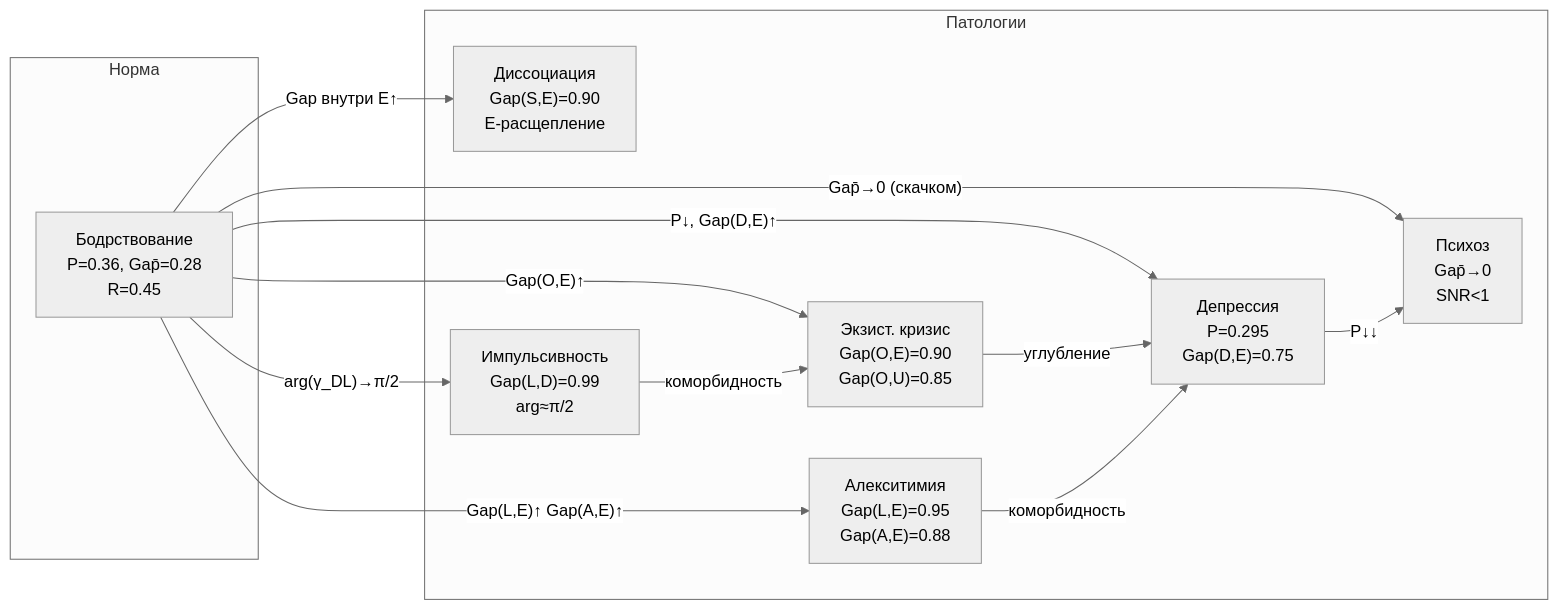
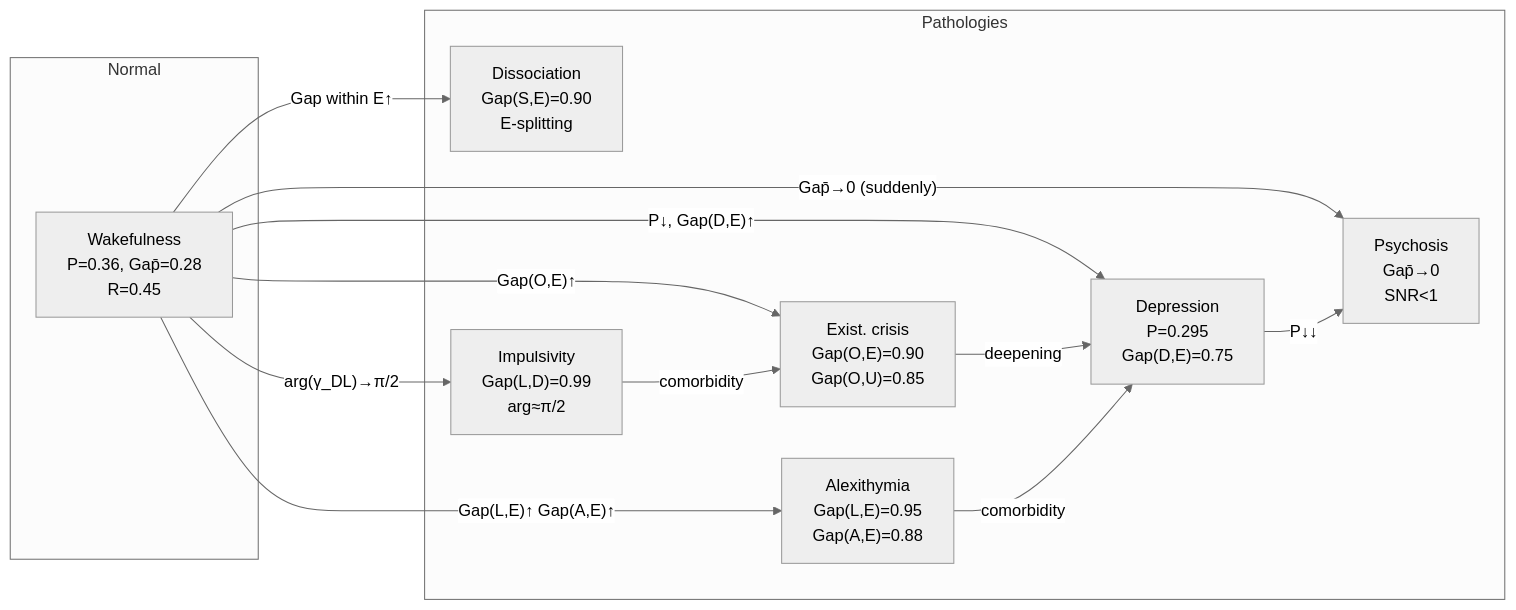
The second of 2 diagrams in website/docs/consciousness/states/pathological.md (gst-st/uhm), drawn with Mermaid (neutral theme) before and after one commit. The commit also changed other lines of this file and 79 other files, not shown here.

````diff
--- a/website/docs/consciousness/states/pathological.md
+++ b/website/docs/consciousness/states/pathological.md
@@ -593,25 +593,25 @@
 ```mermaid
 graph LR
-    subgraph NORM["Норма"]
-        N["Бодрствование<br/>P=0.36, Gap̄=0.28<br/>R=0.45"]
+    subgraph NORM["Normal"]
+        N["Wakefulness<br/>P=0.36, Gap̄=0.28<br/>R=0.45"]
     end
-    subgraph PAT["Патологии"]
-        AL["Алекситимия<br/>Gap(L,E)=0.95<br/>Gap(A,E)=0.88"]
-        DIS["Диссоциация<br/>Gap(S,E)=0.90<br/>E-расщепление"]
-        IMP["Импульсивность<br/>Gap(L,D)=0.99<br/>arg≈π/2"]
-        EX["Экзист. кризис<br/>Gap(O,E)=0.90<br/>Gap(O,U)=0.85"]
-        DEP["Депрессия<br/>P=0.295<br/>Gap(D,E)=0.75"]
-        PSY["Психоз<br/>Gap̄→0<br/>SNR<1"]
+    subgraph PAT["Pathologies"]
+        AL["Alexithymia<br/>Gap(L,E)=0.95<br/>Gap(A,E)=0.88"]
+        DIS["Dissociation<br/>Gap(S,E)=0.90<br/>E-splitting"]
+        IMP["Impulsivity<br/>Gap(L,D)=0.99<br/>arg≈π/2"]
+        EX["Exist. crisis<br/>Gap(O,E)=0.90<br/>Gap(O,U)=0.85"]
+        DEP["Depression<br/>P=0.295<br/>Gap(D,E)=0.75"]
+        PSY["Psychosis<br/>Gap̄→0<br/>SNR<1"]
     end
 
     N -->|"Gap(L,E)↑ Gap(A,E)↑"| AL
-    N -->|"Gap внутри E↑"| DIS
+    N -->|"Gap within E↑"| DIS
     N -->|"arg(γ_DL)→π/2"| IMP
     N -->|"Gap(O,E)↑"| EX
     N -->|"P↓, Gap(D,E)↑"| DEP
-    N -->|"Gap̄→0 (скачком)"| PSY
+    N -->|"Gap̄→0 (suddenly)"| PSY
     DEP -->|"P↓↓"| PSY
-    EX -->|"углубление"| DEP
-    AL -->|"коморбидность"| DEP
-    IMP -->|"коморбидность"| EX
+    EX -->|"deepening"| DEP
+    AL -->|"comorbidity"| DEP
+    IMP -->|"comorbidity"| EX
 ```
````
